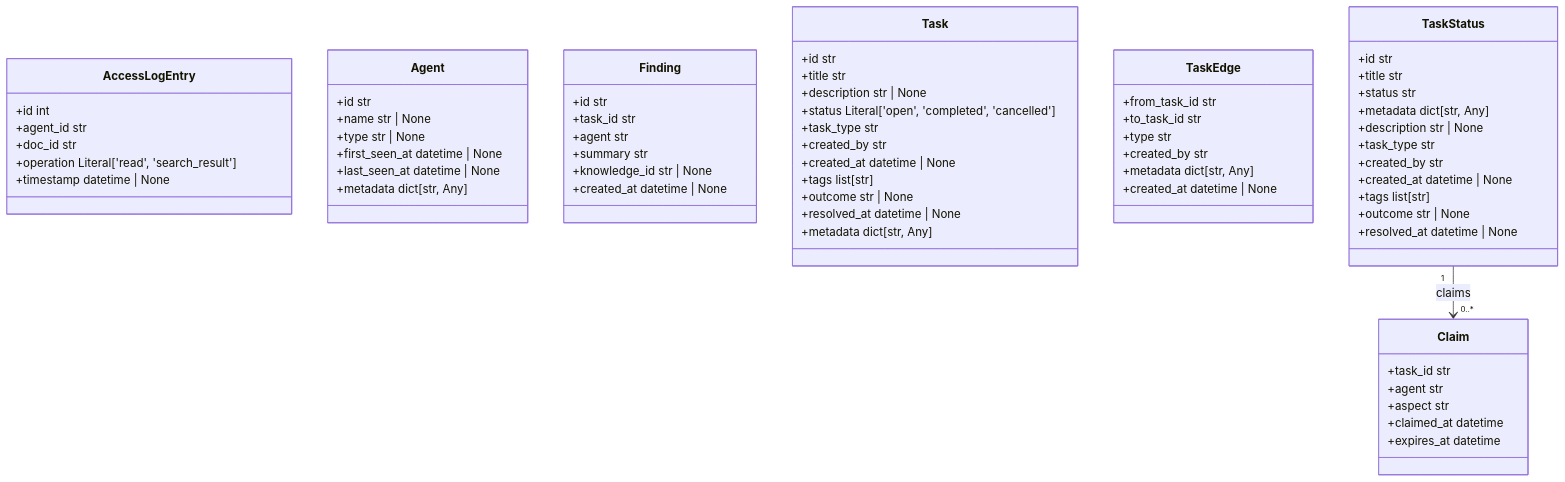
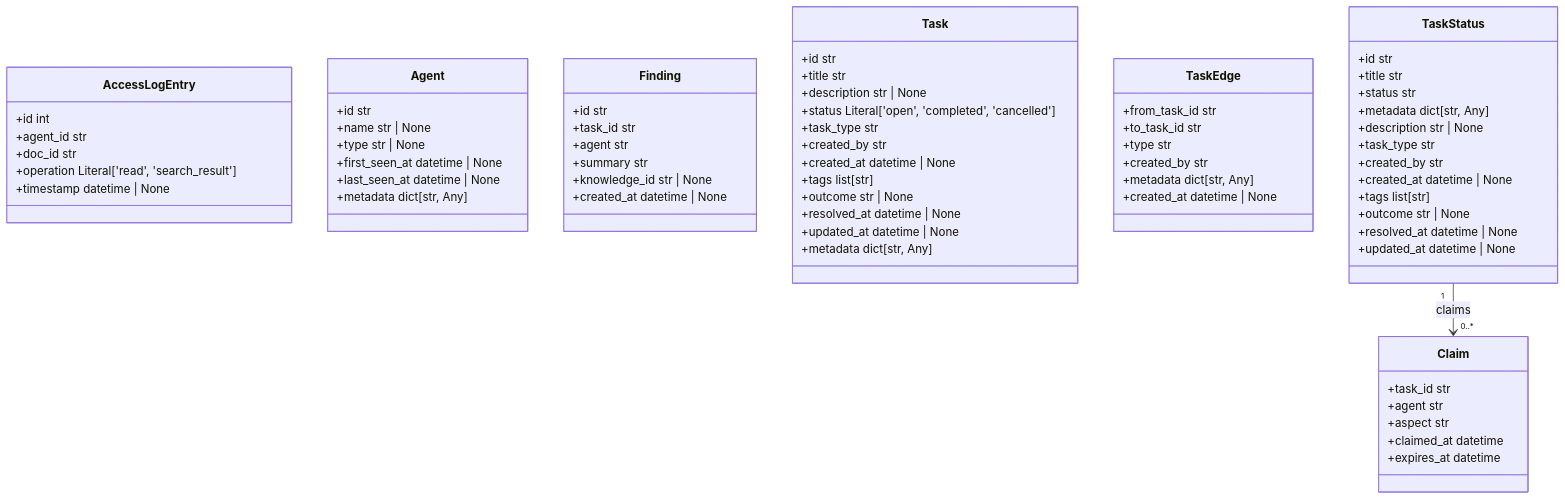
Before and after one commit to agent-lore/lithos: the third of 9 diagrams in docs/generated/domain_model.md, drawn with Mermaid. The commit also changed 9 other files, not shown here.

````diff
--- a/docs/generated/domain_model.md
+++ b/docs/generated/domain_model.md
@@ -71,68 +71,70 @@
 ```mermaid
 classDiagram
   class AccessLogEntry {
     +id int
     +agent_id str
     +doc_id str
     +operation Literal['read', 'search_result']
     +timestamp datetime | None
   }
   class Agent {
     +id str
     +name str | None
     +type str | None
     +first_seen_at datetime | None
     +last_seen_at datetime | None
     +metadata dict[str, Any]
   }
   class Claim {
     +task_id str
     +agent str
     +aspect str
     +claimed_at datetime
     +expires_at datetime
   }
   class Finding {
     +id str
     +task_id str
     +agent str
     +summary str
     +knowledge_id str | None
     +created_at datetime | None
   }
   class Task {
     +id str
     +title str
     +description str | None
     +status Literal['open', 'completed', 'cancelled']
     +task_type str
     +created_by str
     +created_at datetime | None
     +tags list[str]
     +outcome str | None
     +resolved_at datetime | None
+    +updated_at datetime | None
     +metadata dict[str, Any]
   }
   class TaskEdge {
     +from_task_id str
     +to_task_id str
     +type str
     +created_by str
     +metadata dict[str, Any]
     +created_at datetime | None
   }
   class TaskStatus {
     +id str
     +title str
     +status str
     +metadata dict[str, Any]
     +description str | None
     +task_type str
     +created_by str
     +created_at datetime | None
     +tags list[str]
     +outcome str | None
     +resolved_at datetime | None
+    +updated_at datetime | None
   }
   TaskStatus "1" --> "0..*" Claim : claims
 ```
````
